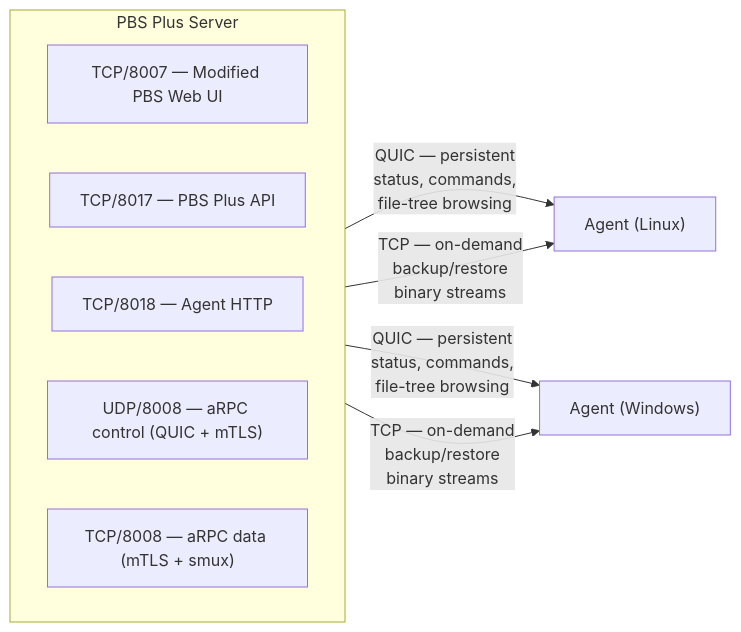
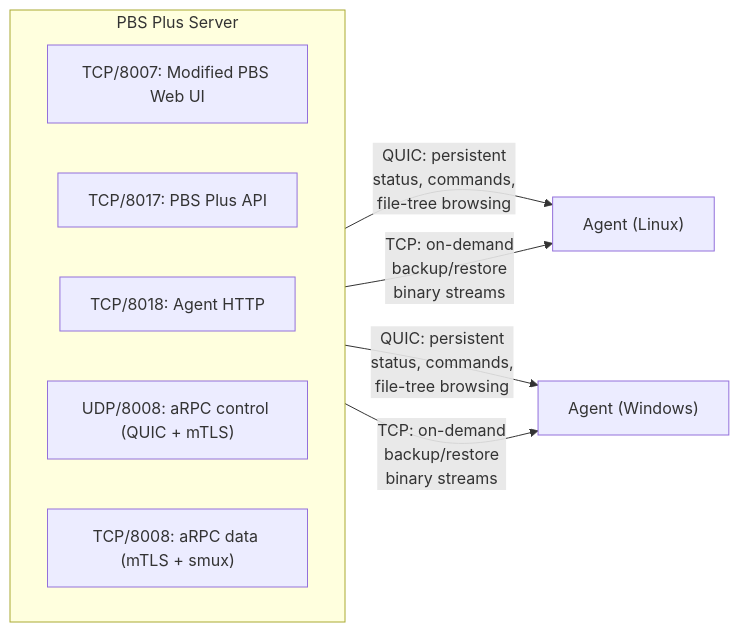
The first of 2 diagrams in docs/architecture.md (pbs-plus/pbs-plus), drawn with Mermaid before and after one commit. The commit also changed other lines of this file and 5 other files, not shown here.

````diff
--- a/docs/architecture.md
+++ b/docs/architecture.md
@@ -17,19 +21,19 @@
 ```mermaid
 graph LR
     subgraph Server["PBS Plus Server"]
         direction LR
-        WUI["TCP/8007 — Modified PBS Web UI"]
-        API["TCP/8017 — PBS Plus API"]
-        HTTP["TCP/8018 — Agent HTTP"]
-        QUIC["UDP/8008 — aRPC control (QUIC + mTLS)"]
-        TCP["TCP/8008 — aRPC data (mTLS + smux)"]
+        WUI["TCP/8007: Modified PBS Web UI"]
+        API["TCP/8017: PBS Plus API"]
+        HTTP["TCP/8018: Agent HTTP"]
+        QUIC["UDP/8008: aRPC control (QUIC + mTLS)"]
+        TCP["TCP/8008: aRPC data (mTLS + smux)"]
     end
 
     AgentL["Agent (Linux)"]
     AgentW["Agent (Windows)"]
 
-    Server -- "QUIC — persistent\nstatus, commands,\nfile-tree browsing" --> AgentL
-    Server -- "QUIC — persistent\nstatus, commands,\nfile-tree browsing" --> AgentW
-    Server -- "TCP — on-demand\nbackup/restore\nbinary streams" --> AgentL
-    Server -- "TCP — on-demand\nbackup/restore\nbinary streams" --> AgentW
+    Server -- "QUIC: persistent\nstatus, commands,\nfile-tree browsing" --> AgentL
+    Server -- "QUIC: persistent\nstatus, commands,\nfile-tree browsing" --> AgentW
+    Server -- "TCP: on-demand\nbackup/restore\nbinary streams" --> AgentL
+    Server -- "TCP: on-demand\nbackup/restore\nbinary streams" --> AgentW
 ```
````
